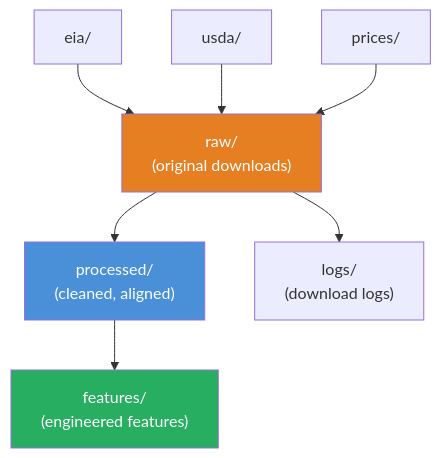
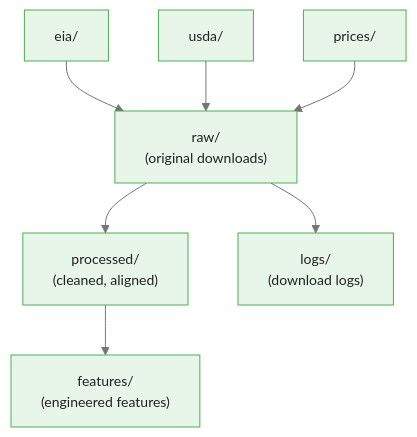
The third of 4 diagrams in courses/bayesian-commodity-forecasting/modules/module_02_commodity_data/guides/01_data_sources_slides.md (m-deane/course-creator), drawn with Mermaid before and after one commit. The commit also changed other lines of this file and 104 other files, not shown here.

````diff
--- a/courses/bayesian-commodity-forecasting/modules/module_02_commodity_data/guides/01_data_sources_slides.md
+++ b/courses/bayesian-commodity-forecasting/modules/module_02_commodity_data/guides/01_data_sources_slides.md
@@ -295,12 +310,10 @@
 ```mermaid
+%%{init: {"theme": "base", "themeVariables": {"primaryColor": "#e8f5e9", "primaryBorderColor": "#4caf50", "primaryTextColor": "#212121", "secondaryColor": "#e3f2fd", "tertiaryColor": "#fff8e1", "lineColor": "#757575", "fontFamily": "Inter, sans-serif", "fontSize": "14px"}}}%%
 flowchart TD
     RAW["raw/\n(original downloads)"] --> P["processed/\n(cleaned, aligned)"]
     P --> F["features/\n(engineered features)"]
     RAW --> L["logs/\n(download logs)"]
     EIA["eia/"] --> RAW
     USDA["usda/"] --> RAW
     PRICES["prices/"] --> RAW
-    style RAW fill:#e67e22,color:#fff
-    style P fill:#4a90d9,color:#fff
-    style F fill:#27ae60,color:#fff
 ```
````
